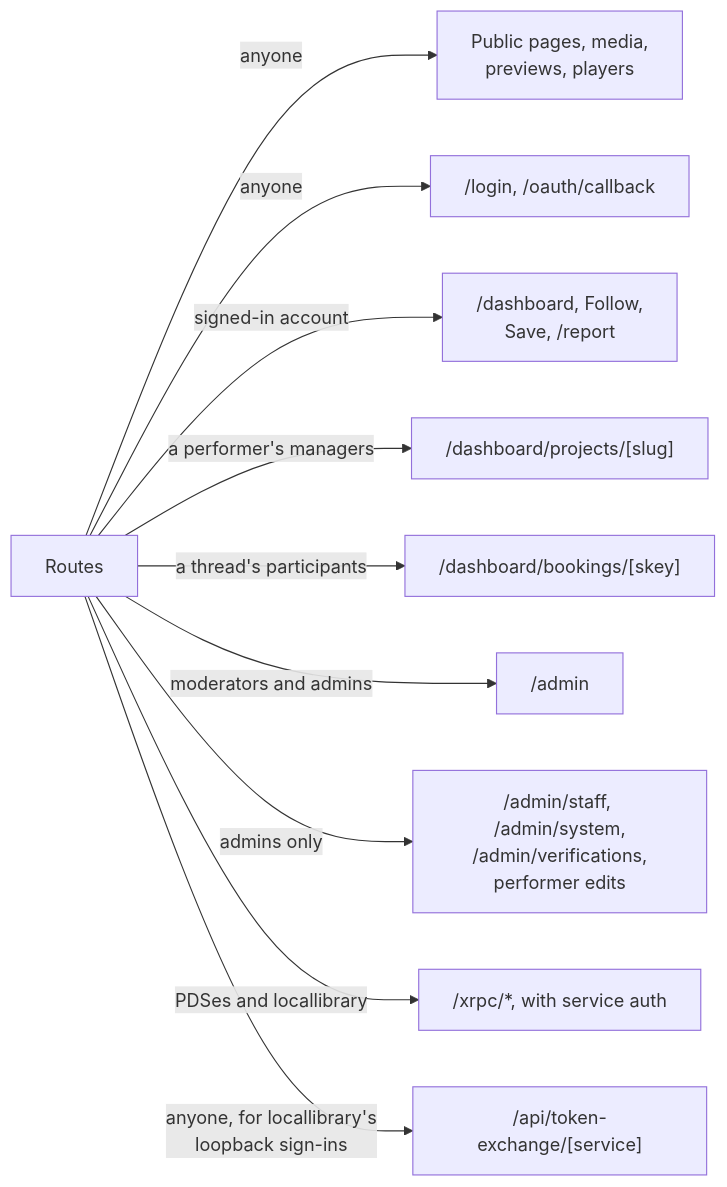
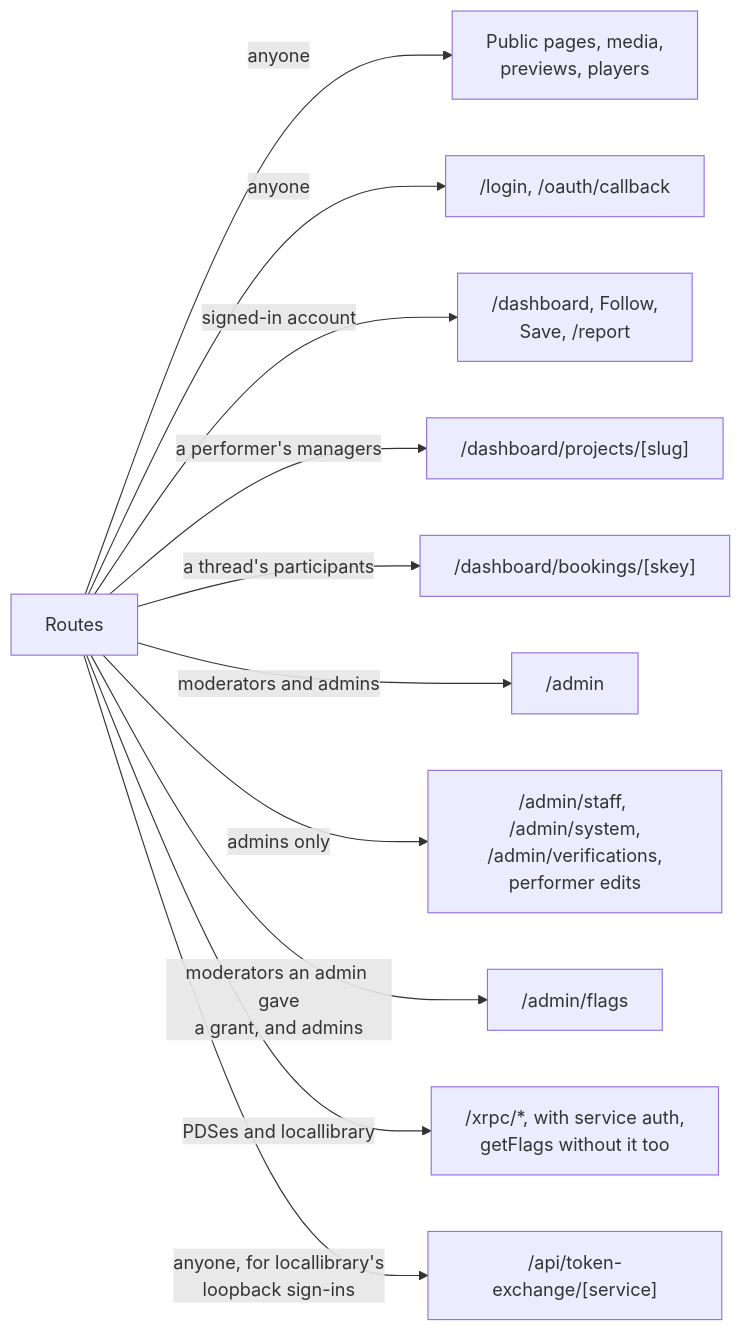
The sixth of 11 diagrams in apps/web/docs/diagrams/requests-and-routes.md (cutenode/localnetwork), drawn with Mermaid before and after one commit. The commit also changed other lines of this file and 8 other files, not shown here.

First line of the commit message:
docs(web): bring the diagrams in line with the code

````diff
--- a/apps/web/docs/diagrams/requests-and-routes.md
+++ b/apps/web/docs/diagrams/requests-and-routes.md
@@ -129,13 +132,14 @@
 ```mermaid
 flowchart LR
   Routes["Routes"]
   Routes -- "anyone" --> Public["Public pages, media,<br/>previews, players"]
   Routes -- "anyone" --> Signin["/login, /oauth/callback"]
   Routes -- "signed-in account" --> Dash["/dashboard, Follow,<br/>Save, /report"]
   Routes -- "a performer's managers" --> Manage["/dashboard/projects/[slug]"]
   Routes -- "a thread's participants" --> Thread["/dashboard/bookings/[skey]"]
   Routes -- "moderators and admins" --> Console["/admin"]
   Routes -- "admins only" --> Edit["/admin/staff, /admin/system,<br/>/admin/verifications,<br/>performer edits"]
-  Routes -- "PDSes and locallibrary" --> Xrpc["/xrpc/*, with service auth"]
+  Routes -- "moderators an admin gave<br/>a grant, and admins" --> Flags["/admin/flags"]
+  Routes -- "PDSes and locallibrary" --> Xrpc["/xrpc/*, with service auth,<br/>getFlags without it too"]
   Routes -- "anyone, for locallibrary's<br/>loopback sign-ins" --> Exchange["/api/token-exchange/[service]"]
 ```
````
